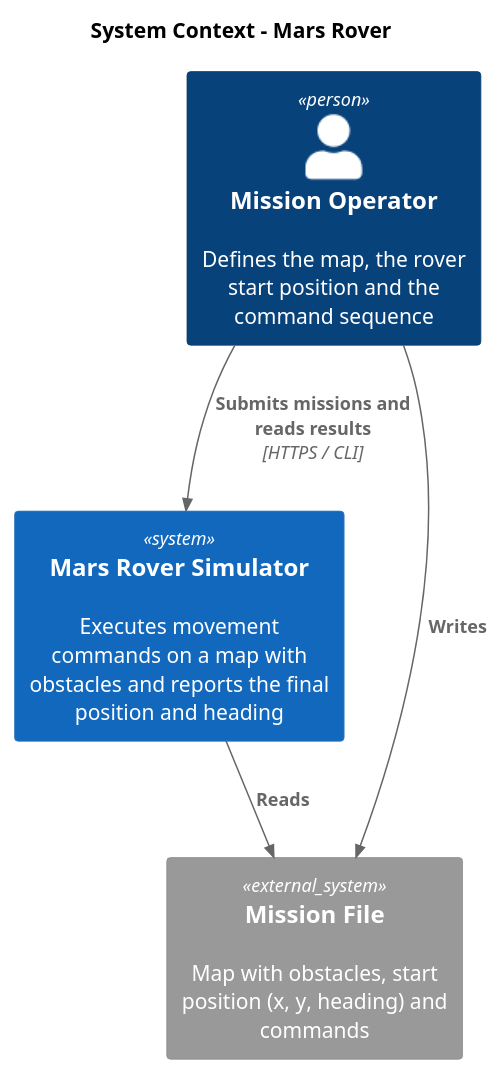
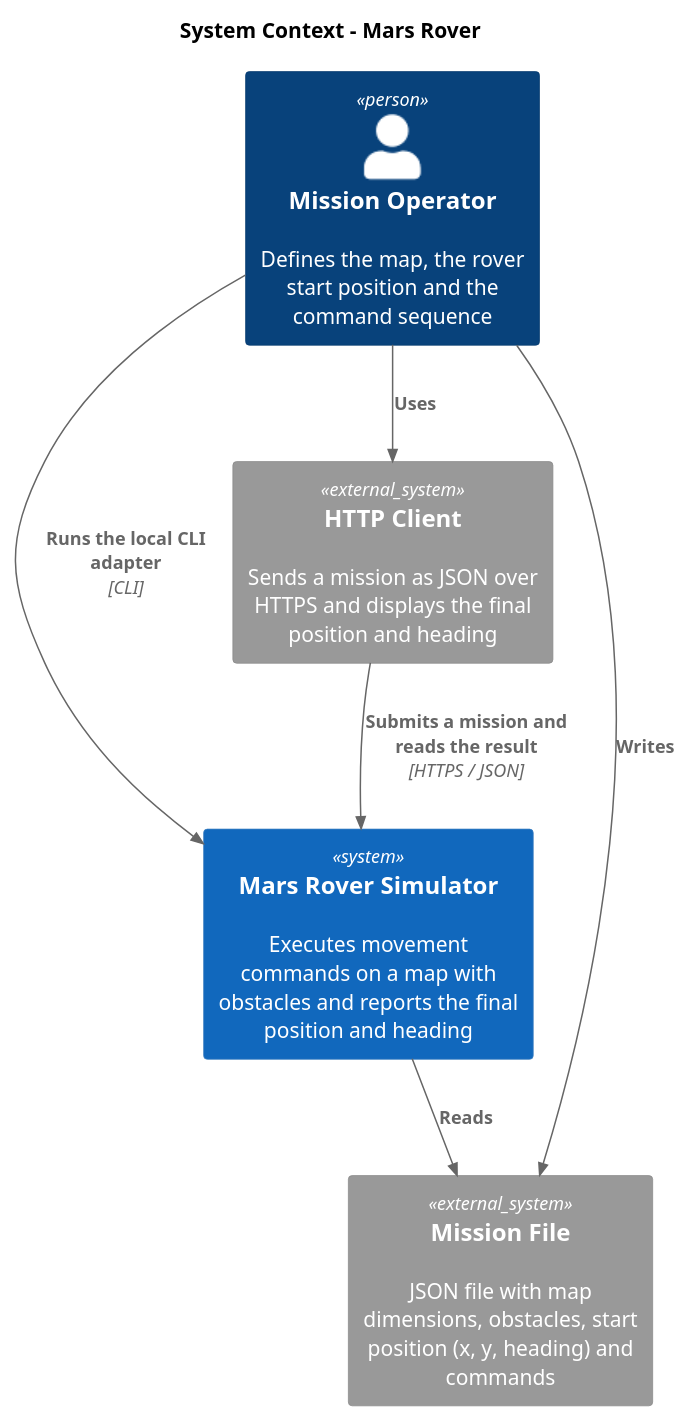
Before and after one commit to lukatodor/agentic-sdlc-luka-todor: the diagram in architecture/diagrams/c4-context.puml, drawn with PlantUML. The commit also changed 24 other files, not shown here.

First line of the commit message:
#3 docs(architecture): add arc42 architecture documents and diagrams

```diff
--- a/architecture/diagrams/c4-context.puml
+++ b/architecture/diagrams/c4-context.puml
@@ -1,13 +1,16 @@
 @startuml c4-context
 !include <C4/C4_Context>
 
 title System Context - Mars Rover
 
 Person(operator, "Mission Operator", "Defines the map, the rover start position and the command sequence")
 System(rover, "Mars Rover Simulator", "Executes movement commands on a map with obstacles and reports the final position and heading")
-System_Ext(mission, "Mission File", "Map with obstacles, start position (x, y, heading) and commands")
+System_Ext(mission, "Mission File", "JSON file with map dimensions, obstacles, start position (x, y, heading) and commands")
+System_Ext(client, "HTTP Client", "Sends a mission as JSON over HTTPS and displays the final position and heading")
 
 Rel(operator, mission, "Writes")
-Rel(operator, rover, "Submits missions and reads results", "HTTPS / CLI")
+Rel(operator, rover, "Runs the local CLI adapter", "CLI")
+Rel(operator, client, "Uses")
+Rel(client, rover, "Submits a mission and reads the result", "HTTPS / JSON")
 Rel(rover, mission, "Reads")
 @enduml
```
